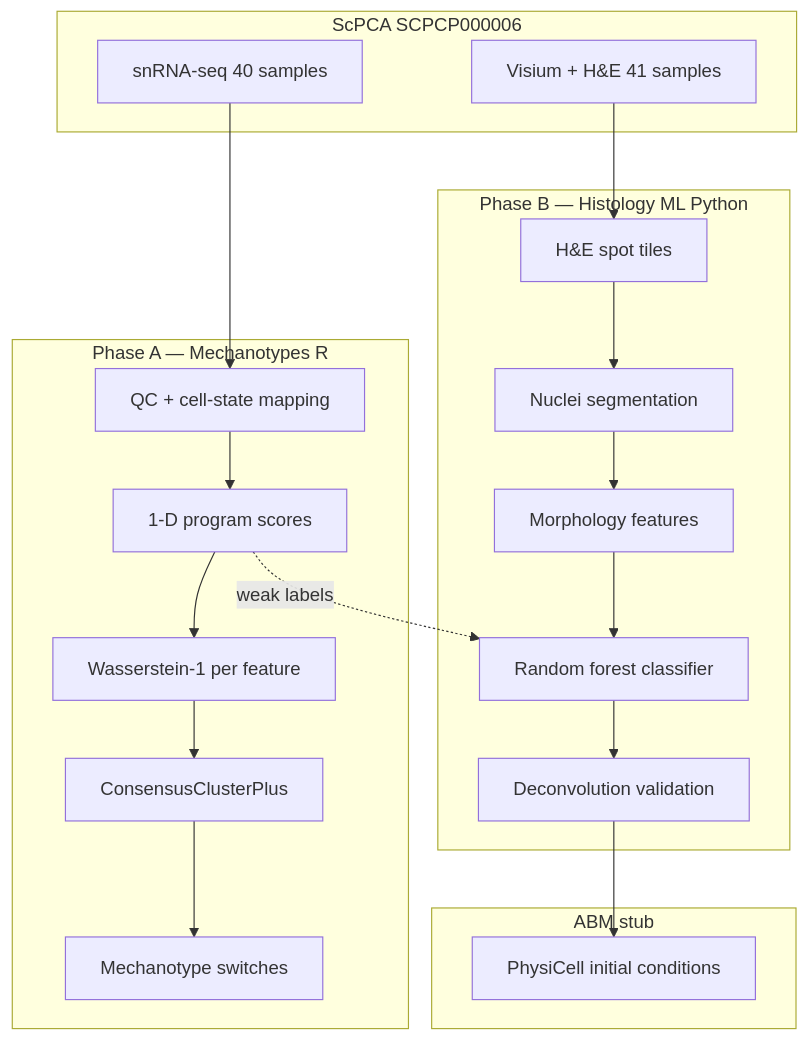
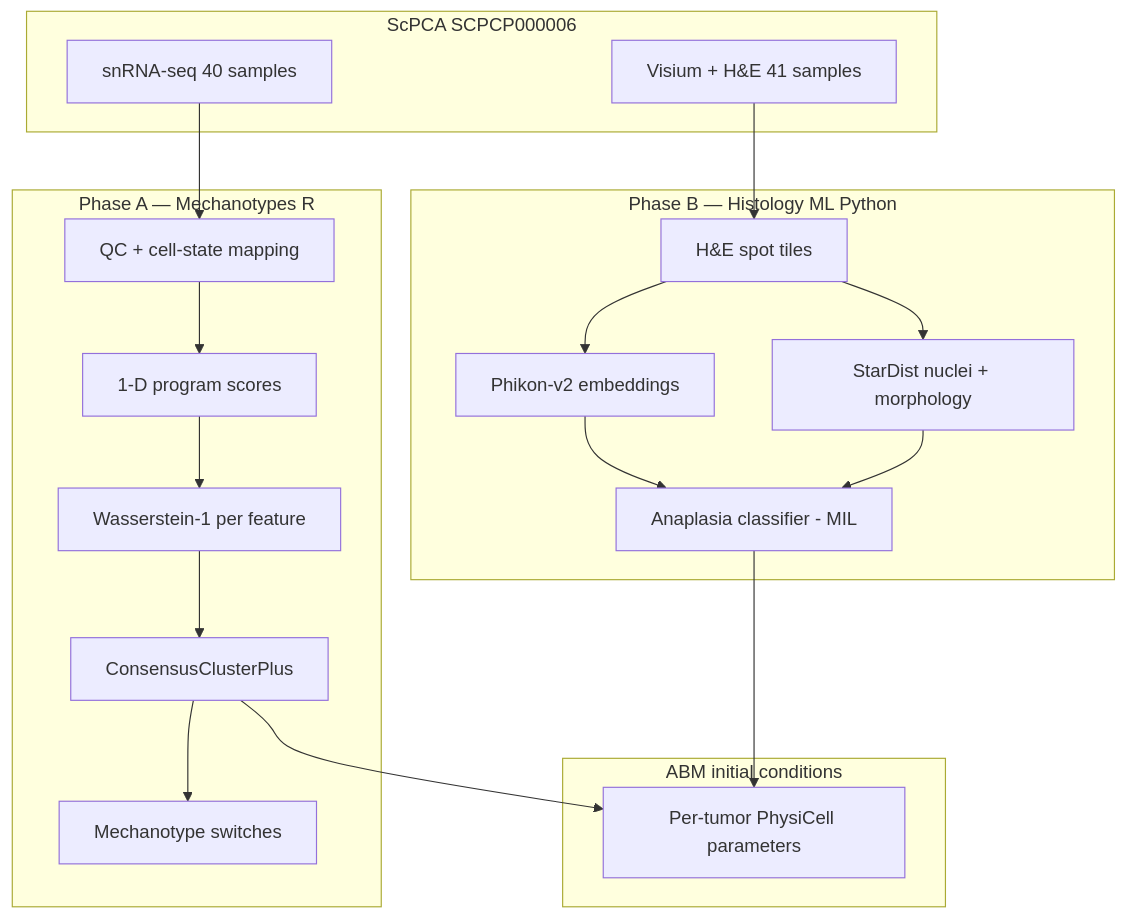
One commit to realakshayk1/sc-wilms-data changed the diagram in README.md. Above: the diagram before and after it, drawn with Mermaid. The commit also changed other lines of this file and 8 other files, not shown here.

First line of the commit message:
README: present moderated DE / GSEA / MIL / StarDist / ABM as the pipeline, not a follow-up

````diff
--- a/README.md
+++ b/README.md
@@ -38,34 +38,34 @@
 ```mermaid
 flowchart TB
   subgraph data [ScPCA SCPCP000006]
     SN[snRNA-seq 40 samples]
     VIS[Visium + H&E 41 samples]
   end
 
   subgraph phaseA [Phase A — Mechanotypes R]
     QC[QC + cell-state mapping]
     SC[1-D program scores]
     W1[Wasserstein-1 per feature]
     CC[ConsensusClusterPlus]
     SW[Mechanotype switches]
     QC --> SC --> W1 --> CC --> SW
   end
 
   subgraph phaseB [Phase B — Histology ML Python]
     TIL[H&E spot tiles]
-    SEG[Nuclei segmentation]
-    MOR[Morphology features]
-    RF[Random forest classifier]
-    VAL[Deconvolution validation]
-    TIL --> SEG --> MOR --> RF --> VAL
+    EMB[Phikon-v2 embeddings]
+    SEG[StarDist nuclei + morphology]
+    CLS[Anaplasia classifier - MIL]
+    TIL --> EMB --> CLS
+    TIL --> SEG --> CLS
   end
 
-  subgraph abm [ABM stub]
-    PC[PhysiCell initial conditions]
+  subgraph abm [ABM initial conditions]
+    PC[Per-tumor PhysiCell parameters]
   end
 
   SN --> QC
   VIS --> TIL
-  SC -. weak labels .-> RF
-  VAL --> PC
+  CC --> PC
+  CLS --> PC
 ```
````
